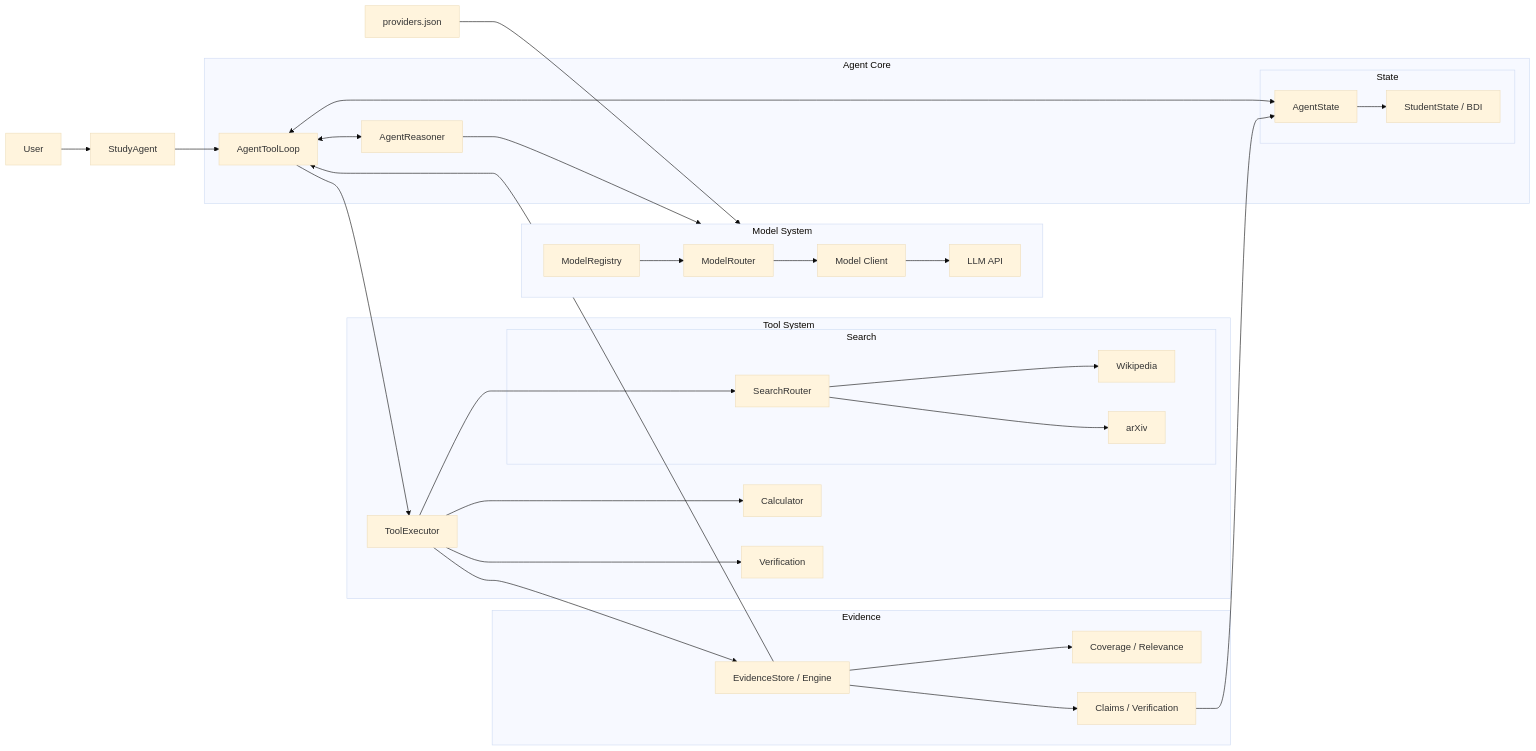
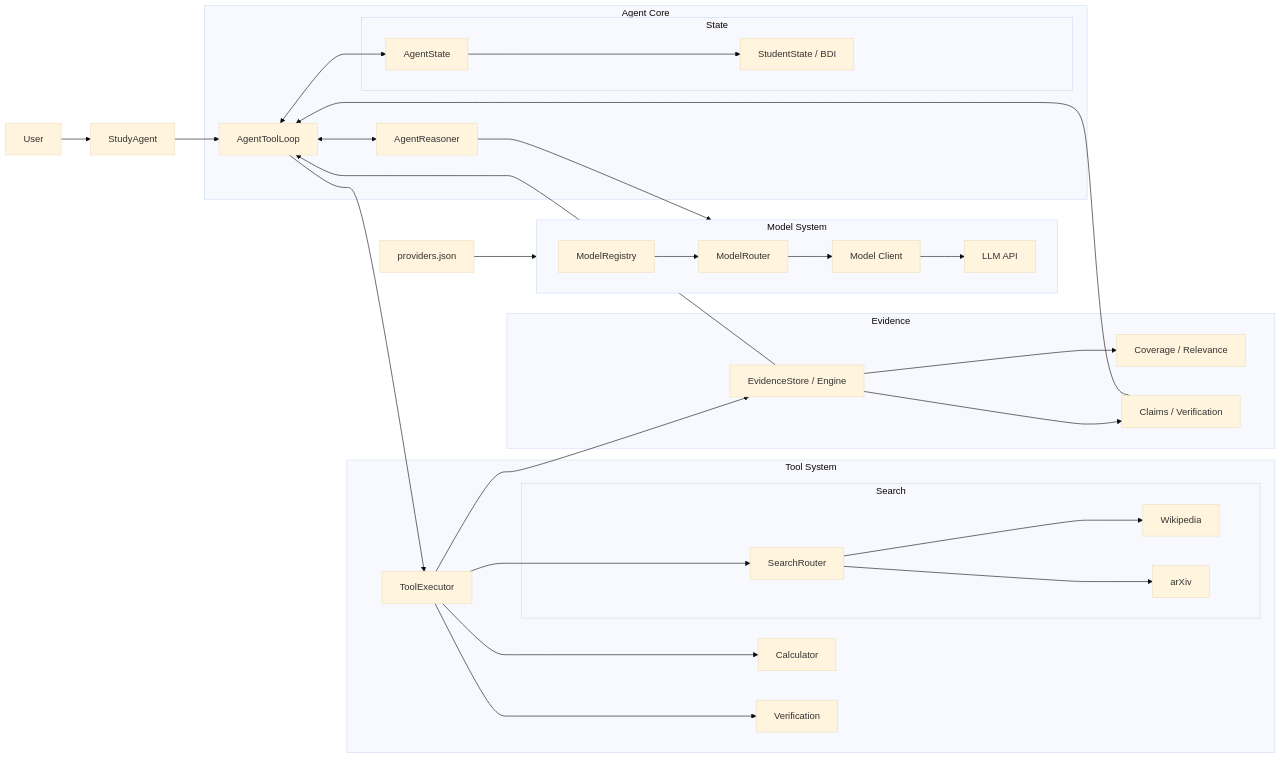
The first of 3 diagrams in README.md (Erdoschn/Study-agent), drawn with Mermaid (base theme) before and after one commit.

Commit message:
docs: adjust architecture diagram connections only

````diff
--- a/README.md
+++ b/README.md
@@ -3,55 +3,55 @@
 ```mermaid
 flowchart LR
 
     USER["User"] --> SA["StudyAgent"] --> LOOP["AgentToolLoop"]
 
     subgraph CORE["Agent Core"]
         LOOP <--> REASONER["AgentReasoner"]
 
         subgraph STATE["State"]
             AS["AgentState"]
             STUDENT["StudentState / BDI"]
             AS --> STUDENT
         end
 
         LOOP <--> AS
     end
 
     subgraph MODEL["Model System"]
         direction LR
         REGISTRY["ModelRegistry"] --> ROUTER["ModelRouter"] --> CLIENT["Model Client"] --> LLM["LLM API"]
     end
 
     subgraph TOOLS["Tool System"]
         EXECUTOR["ToolExecutor"]
 
         subgraph SEARCH["Search"]
             SEARCH_ROUTER["SearchRouter"] --> WIKI["Wikipedia"]
             SEARCH_ROUTER --> ARXIV["arXiv"]
         end
 
         CALC["Calculator"]
         VERIFY["Verification"]
 
         EXECUTOR --> SEARCH_ROUTER
         EXECUTOR --> CALC
         EXECUTOR --> VERIFY
     end
 
     subgraph EVIDENCE["Evidence"]
         EVI["EvidenceStore / Engine"]
         COVERAGE["Coverage / Relevance"]
         CLAIM["Claims / Verification"]
 
         EVI --> COVERAGE
         EVI --> CLAIM
     end
 
-    CONFIG["providers.json"] --> MODEL
+    CONFIG["providers.json"] --> REGISTRY
 
-    REASONER --> MODEL
+    REASONER --> ROUTER
     LOOP --> EXECUTOR
     EXECUTOR --> EVI
     EVI --> LOOP
-    CLAIM --> AS
+    CLAIM --> LOOP
 ```
````
